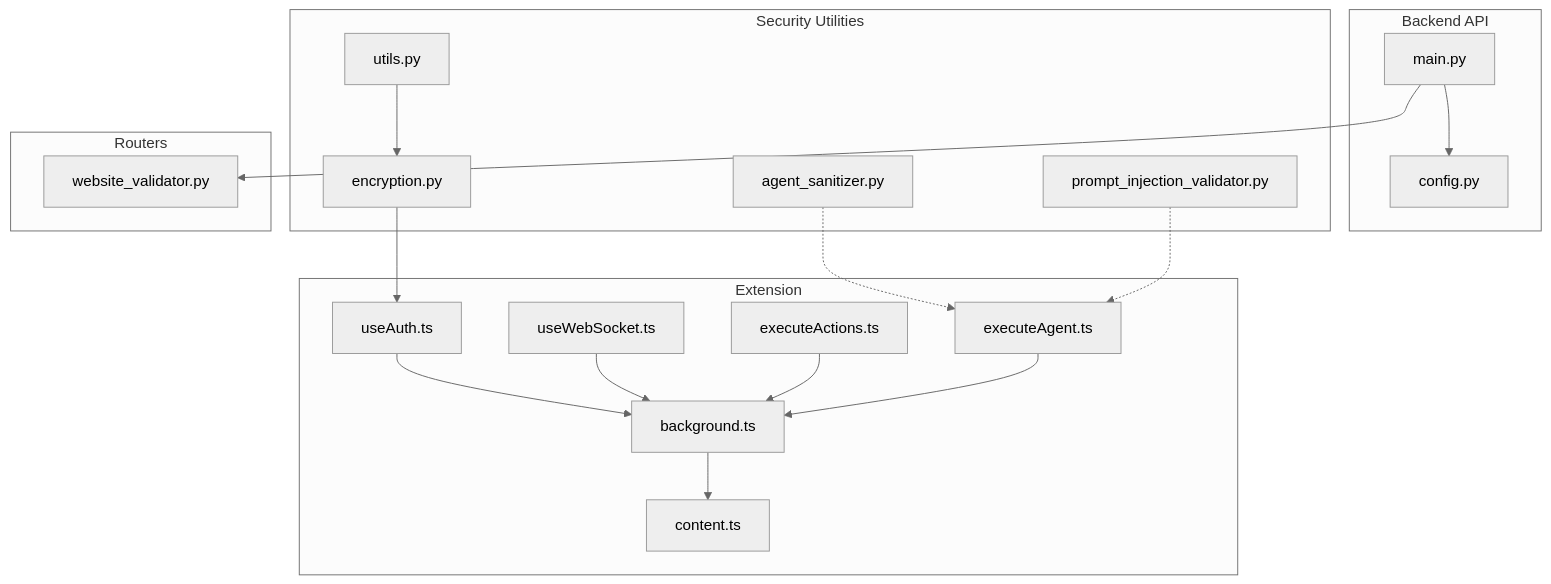
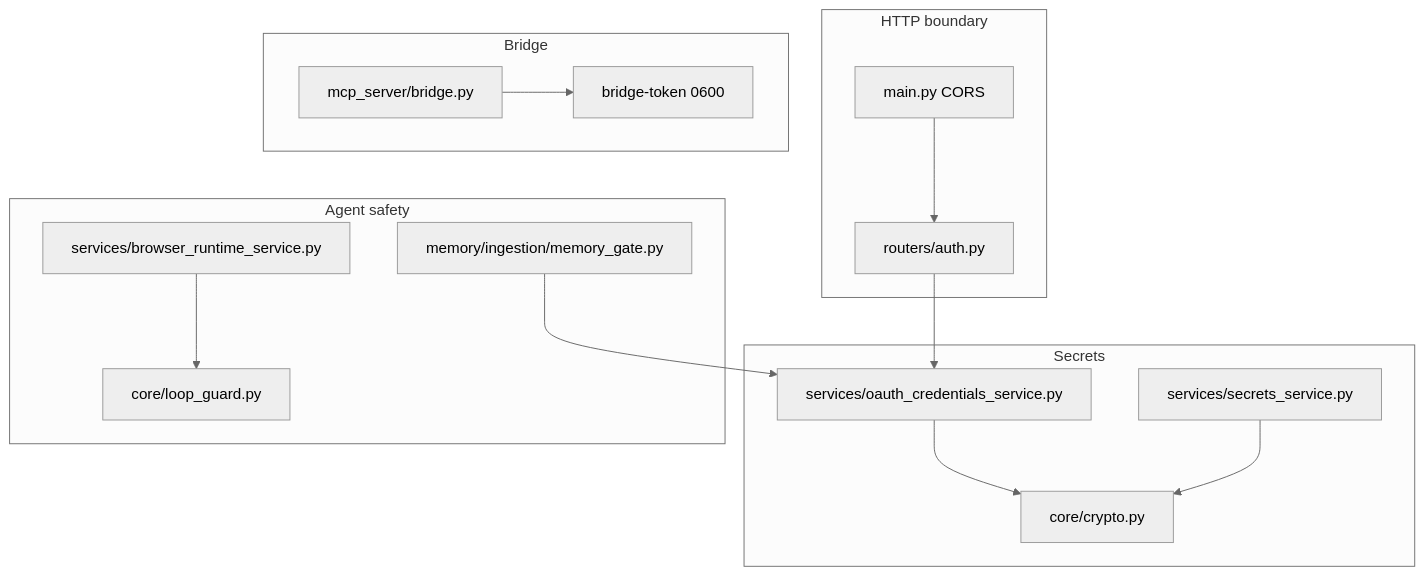
The first of 6 diagrams in src/data/docs/agentic-browser/Security Considerations.md (tashifkhan/tashif.codes), drawn with Mermaid (neutral theme) before and after one commit. The commit also changed other lines of this file and 114 other files, not shown here.

````diff
--- a/src/data/docs/agentic-browser/Security Considerations.md
+++ b/src/data/docs/agentic-browser/Security Considerations.md
@@ -14,35 +18,28 @@
 ```mermaid
 graph TB
-subgraph "Extension"
-BG["background.ts"]
-CT["content.ts"]
-EXA["executeActions.ts"]
-EXG["executeAgent.ts"]
-UA["useAuth.ts"]
-UWS["useWebSocket.ts"]
+subgraph "HTTP boundary"
+  MAIN["main.py CORS"]
+  AUTH["routers/auth.py"]
 end
-subgraph "Backend API"
-API["main.py"]
-CFG["config.py"]
+subgraph "Bridge"
+  BR["mcp_server/bridge.py"]
+  TOKEN["bridge-token 0600"]
 end
-subgraph "Security Utilities"
-SAN["agent_sanitizer.py"]
-PINJ["prompt_injection_validator.py"]
-ENC["encryption.py"]
-UTL["utils.py"]
+subgraph "Secrets"
+  CRYPTO["core/crypto.py"]
+  SEC["services/secrets_service.py"]
+  CRED["services/oauth_credentials_service.py"]
 end
-subgraph "Routers"
-WV["website_validator.py"]
+subgraph "Agent safety"
+  GATE["memory/ingestion/memory_gate.py"]
+  GUARD["core/loop_guard.py"]
+  BLOCK["services/browser_runtime_service.py"]
 end
-UA --> BG
-UWS --> BG
-EXA --> BG
-EXG --> BG
-BG --> CT
-API --> WV
-API --> CFG
-SAN -.-> EXG
-PINJ -.-> EXG
-ENC --> UA
-UTL --> ENC
+MAIN --> AUTH
+AUTH --> CRED
+CRED --> CRYPTO
+SEC --> CRYPTO
+BR --> TOKEN
+GATE --> CRED
+BLOCK --> GUARD
 ```
````
